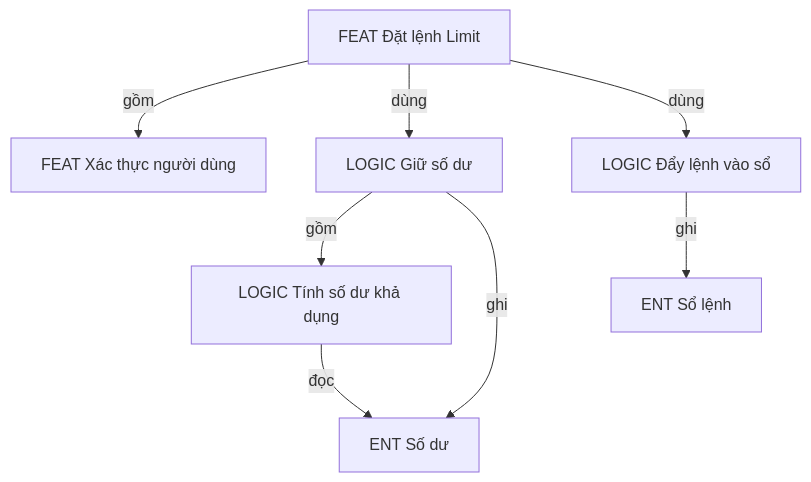
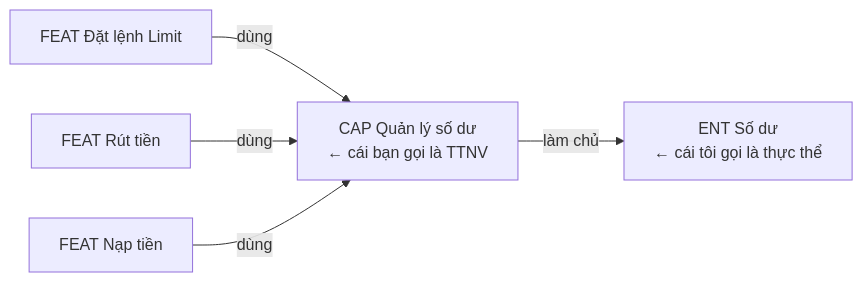
The first of 6 diagrams in answer.md (Kynderis/kendrick-ai-tools), drawn with Mermaid before and after one commit. The commit also changed other lines of this file and 2 other files, not shown here.

````diff
--- a/answer.md
+++ b/answer.md
@@ -19,10 +61,7 @@
 ```mermaid
-flowchart TD
-    F1["FEAT Đặt lệnh Limit"] -->|"gồm"| F2["FEAT Xác thực người dùng"]
-    F1 -->|"dùng"| L1["LOGIC Giữ số dư"]
-    F1 -->|"dùng"| L2["LOGIC Đẩy lệnh vào sổ"]
-    L1 -->|"gồm"| L3["LOGIC Tính số dư khả dụng"]
-    L1 -->|"ghi"| E1["ENT Số dư"]
-    L3 -->|"đọc"| E1
-    L2 -->|"ghi"| E2["ENT Sổ lệnh"]
+flowchart LR
+    A["CAP Quản lý số dư<br/>← cái bạn gọi là TTNV"] -->|"làm chủ"| B["ENT Số dư<br/>← cái tôi gọi là thực thể"]
+    C["FEAT Đặt lệnh Limit"] -->|"dùng"| A
+    D["FEAT Rút tiền"] -->|"dùng"| A
+    E["FEAT Nạp tiền"] -->|"dùng"| A
 ```
````
